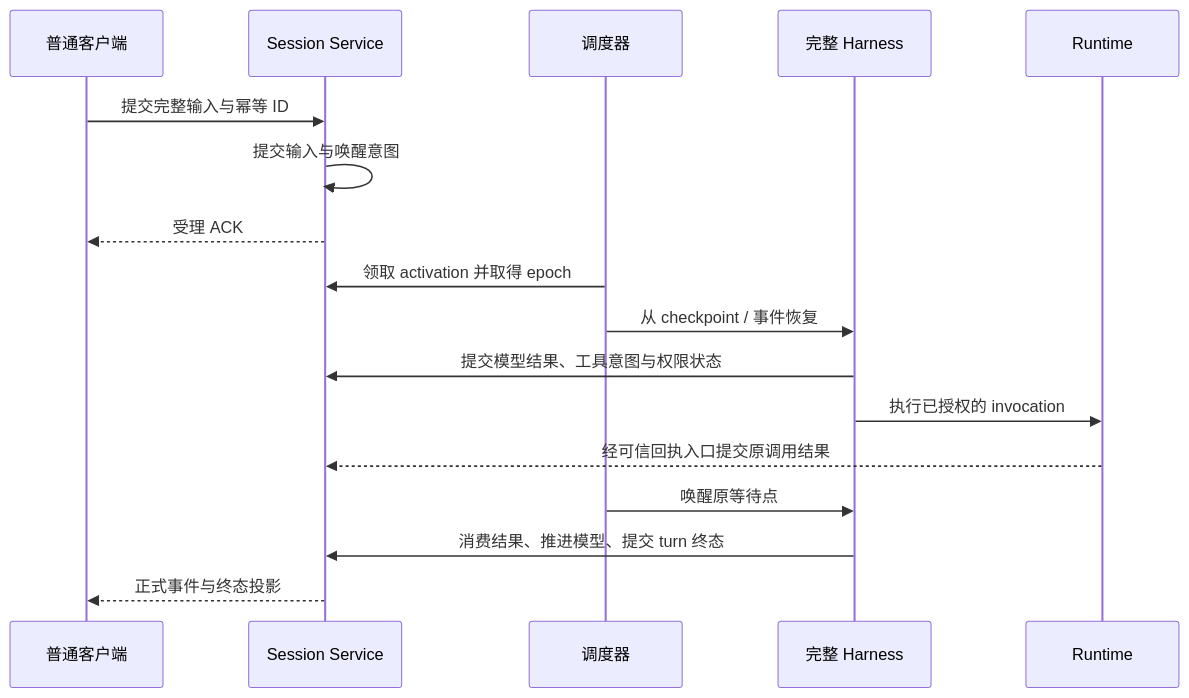
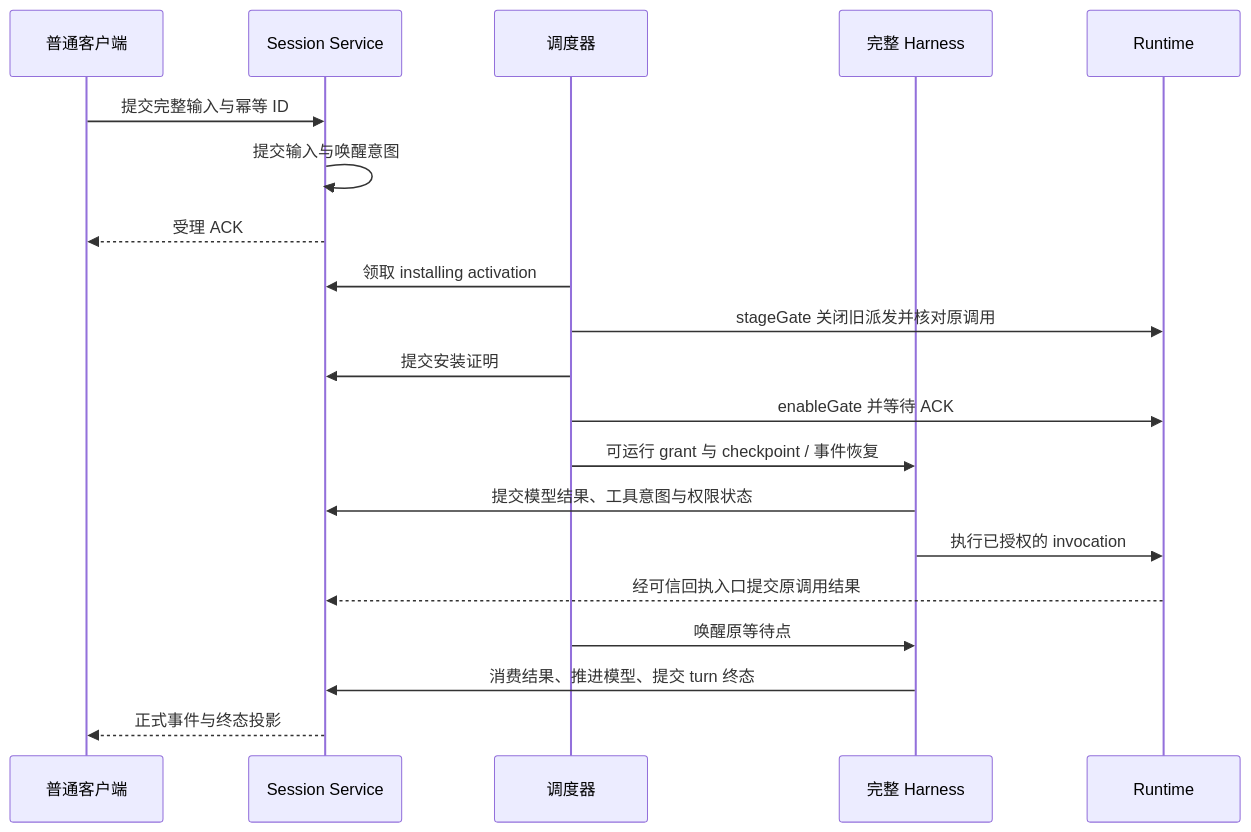
Before and after one commit to doudouOUC/code_agent: the second of 2 diagrams in qwen-code/feature/managed-agents/managed-agent-session-harness-runtime.md, drawn with Mermaid. The commit also changed other lines of this file and 11 other files, not shown here.

````diff
--- a/qwen-code/feature/managed-agents/managed-agent-session-harness-runtime.md
+++ b/qwen-code/feature/managed-agents/managed-agent-session-harness-runtime.md
@@ -117,19 +119,22 @@
 ```mermaid
 sequenceDiagram
     participant C as 普通客户端
     participant S as Session Service
     participant Q as 调度器
     participant H as 完整 Harness
     participant R as Runtime
     C->>S: 提交完整输入与幂等 ID
     S->>S: 提交输入与唤醒意图
     S-->>C: 受理 ACK
-    Q->>S: 领取 activation 并取得 epoch
-    Q->>H: 从 checkpoint / 事件恢复
+    Q->>S: 领取 installing activation
+    Q->>R: stageGate 关闭旧派发并核对原调用
+    Q->>S: 提交安装证明
+    Q->>R: enableGate 并等待 ACK
+    Q->>H: 可运行 grant 与 checkpoint / 事件恢复
     H->>S: 提交模型结果、工具意图与权限状态
     H->>R: 执行已授权的 invocation
     R-->>S: 经可信回执入口提交原调用结果
     Q->>H: 唤醒原等待点
     H->>S: 消费结果、推进模型、提交 turn 终态
     S-->>C: 正式事件与终态投影
 ```
````
